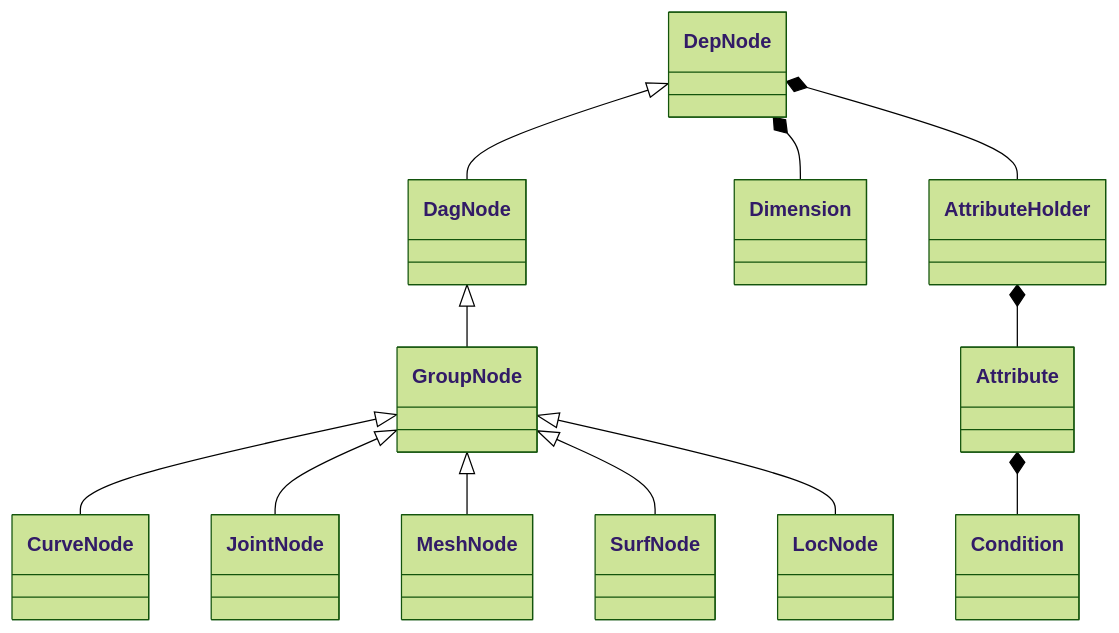
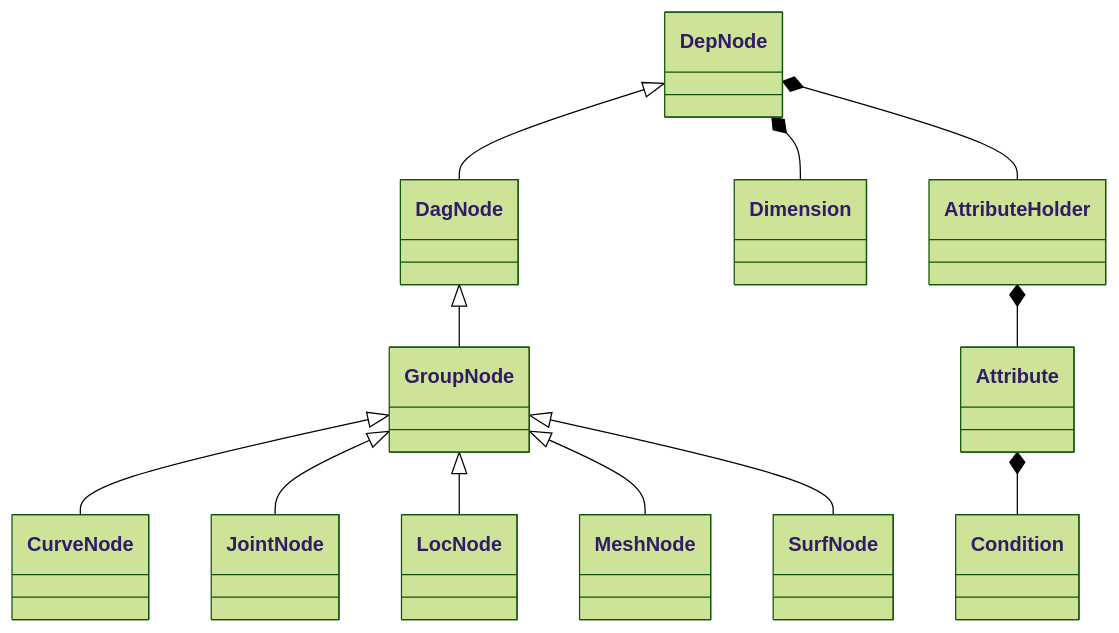
Before and after one commit to nickyliux/nl_rigging_tools: the first of 2 diagrams in README.md, drawn with Mermaid (forest theme). The commit also changed other lines of this file and 4 other files, not shown here.

````diff
--- a/README.md
+++ b/README.md
@@ -21,21 +21,21 @@
 ```mermaid
 classDiagram
     
     DepNode <|-- DagNode
     DagNode <|-- GroupNode
     GroupNode <|-- CurveNode
     GroupNode <|-- JointNode
+    GroupNode <|-- LocNode
     GroupNode <|-- MeshNode
     GroupNode <|-- SurfNode
-    GroupNode <|-- LocNode
     
     DepNode *-- Dimension
     AttributeHolder *-- Attribute
     DepNode *-- AttributeHolder
     Attribute *-- Condition
     class AttributeHolder
     class Attribute
     class Condition
     class Dimension
     
 ```
````
